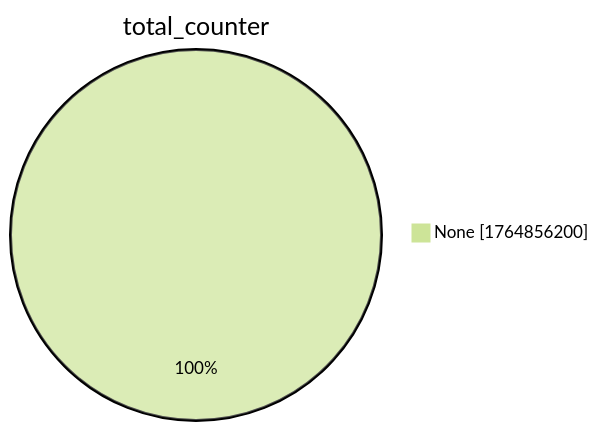
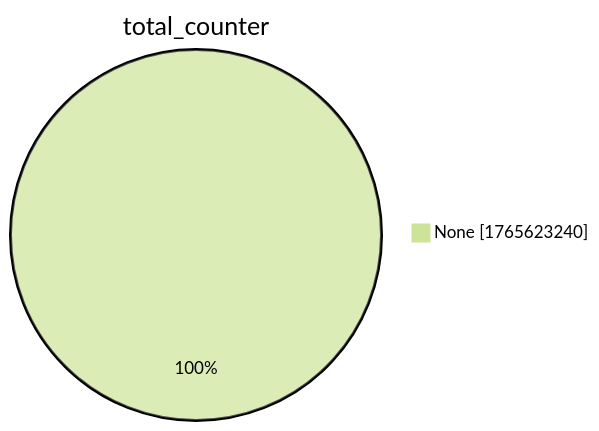
The second of 15 diagrams in xenon2022/README.md (christiankrug/ctmonitor_visualization), drawn with Mermaid (forest theme) before and after one commit. The commit also changed other lines of this file, not shown here.

````diff
--- a/xenon2022/README.md
+++ b/xenon2022/README.md
@@ -9,5 +9,5 @@
 ```mermaid
 pie showData
 title total_counter
-"None" :1764856200
+"None" :1765623240
 ```
````
